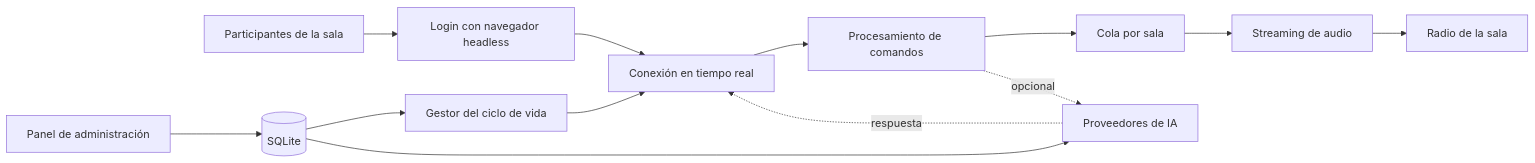
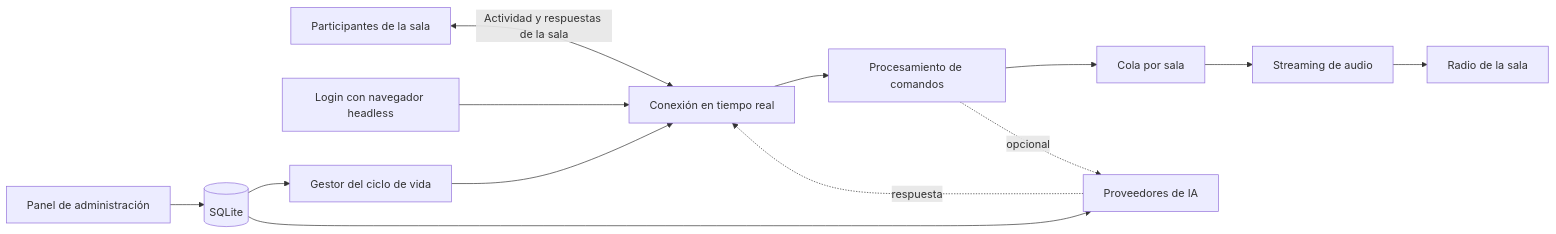
One commit to ezeinfamia2903/neromusic-portfolio changed the diagram in README.es.md. Above: the diagram before and after it, drawn with Mermaid. The commit also changed other lines of this file and 6 other files, not shown here.

Commit message:
docs: refine public portfolio and architecture

````diff
--- a/README.es.md
+++ b/README.es.md
@@ -15,16 +17,16 @@
 ```mermaid
 flowchart LR
-    U[Participantes de la sala] --> L[Login con navegador headless]
-    L --> R[Conexión en tiempo real]
+    U[Participantes de la sala] <-->|Actividad y respuestas de la sala| R[Conexión en tiempo real]
+    L[Login con navegador headless] --> R
     R --> C[Procesamiento de comandos]
     C --> Q[Cola por sala]
     Q --> A[Streaming de audio]
     A --> S[Radio de la sala]
 
     P[Panel de administración] --> D[(SQLite)]
     D --> M[Gestor del ciclo de vida]
     M --> R
     C -. opcional .-> I[Proveedores de IA]
     I -. respuesta .-> R
     D --> I
 ```
````
